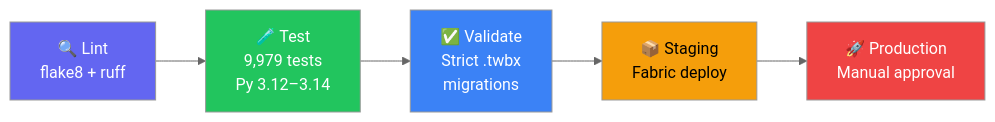
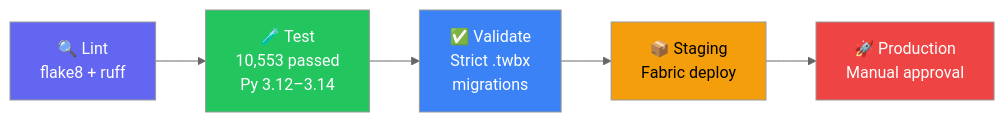
One commit to cyphou/TableauToPowerBI changed the fifth of 5 diagrams in README.md. Above: the diagram before and after it, drawn with Mermaid (neutral theme). The commit also changed other lines of this file and 38 other files, not shown here.

````diff
--- a/README.md
+++ b/README.md
@@ -908,13 +932,13 @@
 ```mermaid
 flowchart LR
-    L["🔍 Lint\nflake8 + ruff"] --> T["🧪 Test\n9,979 tests\nPy 3.12–3.14"]
+    L["🔍 Lint\nflake8 + ruff"] --> T["🧪 Test\n10,553 passed\nPy 3.12–3.14"]
     T --> V["✅ Validate\nStrict .twbx\nmigrations"]
     V --> S["📦 Staging\nFabric deploy"]
     S --> P["🚀 Production\nManual approval"]
     
     style L fill:#6366f1,color:#fff
     style T fill:#22c55e,color:#fff
     style V fill:#3b82f6,color:#fff
     style S fill:#f59e0b,color:#000
     style P fill:#ef4444,color:#fff
 ```
````
